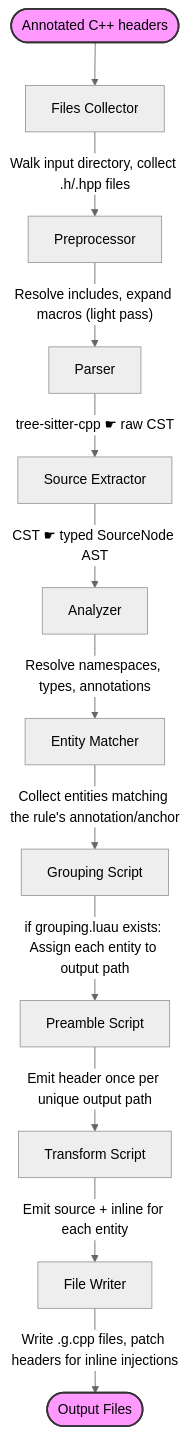
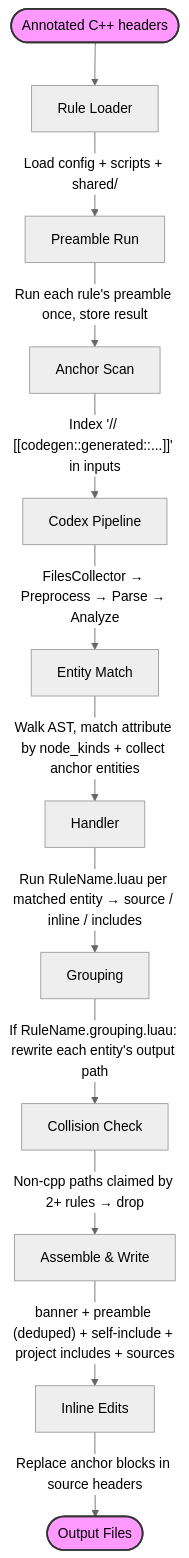
One commit to CodeXX-DTDK/codegen_website changed the diagram in src/content/docs/concepts/how-it-works.mdx. Above: the diagram before and after it, drawn with Mermaid (neutral theme). The commit also changed other lines of this file and 27 other files, not shown here.

First line of the commit message:
docs(codegen): sync rule lifecycle pages with grouping-before-handler refactor

````diff
--- a/src/content/docs/concepts/how-it-works.mdx
+++ b/src/content/docs/concepts/how-it-works.mdx
@@ -11,27 +10,25 @@
 ```mermaid
 graph TD
-    Start([Annotated C++ headers]) --> FC
+    Start([Annotated C++ headers]) --> RL
 
-    FC[Files Collector] -- "Walk input directory, collect .h/.hpp files" --> PP
+    RL[Rule Loader] -- "Load config + scripts + shared/" --> PR
+    PR[Preamble Run] -- "Run each rule's preamble once, store result" --> AS
+    AS[Anchor Scan] -- "Index '// [[codegen::generated::...]]' in inputs" --> P
 
-    PP[Preprocessor] -- "Resolve includes, expand macros (light pass)" --> P
+    P[Codex Pipeline] -- "FilesCollector → Preprocess → Parse → Analyze" --> EM
 
-    P[Parser] -- "tree-sitter-cpp ☛ raw CST" --> SE
+    EM[Entity Match] -- "Walk AST, match attribute by node_kinds + collect anchor entities" --> H
 
-    SE[Source Extractor] -- "CST ☛ typed SourceNode AST" --> A
+    H[Handler] -- "Run RuleName.luau per matched entity → source / inline / includes" --> G
 
-    A[Analyzer] -- "Resolve namespaces, types, annotations" --> EM
+    G[Grouping] -- "If RuleName.grouping.luau: rewrite each entity's output path" --> CD
 
-    EM[Entity Matcher] -- "Collect entities matching the rule's annotation/anchor" --> GS
+    CD[Collision Check] -- "Non-cpp paths claimed by 2+ rules → drop" --> A
 
-    GS[Grouping Script] -- "if grouping.luau exists: Assign each entity to output path" --> PS
+    A[Assemble & Write] -- "banner + preamble (deduped) + self-include + project includes + sources" --> IE
 
-    PS[Preamble Script] -- "Emit header once per unique output path" --> TS
-
-    TS[Transform Script] -- "Emit source + inline for each entity" --> FW
-
-    FW[File Writer] -- "Write .g.cpp files, patch headers for inline injections" --> End([Output Files])
+    IE[Inline Edits] -- "Replace anchor blocks in source headers" --> End([Output Files])
 
     style Start fill:#f9f,stroke:#333,stroke-width:2px
     style End fill:#f9f,stroke:#333,stroke-width:2px
 ```
````
